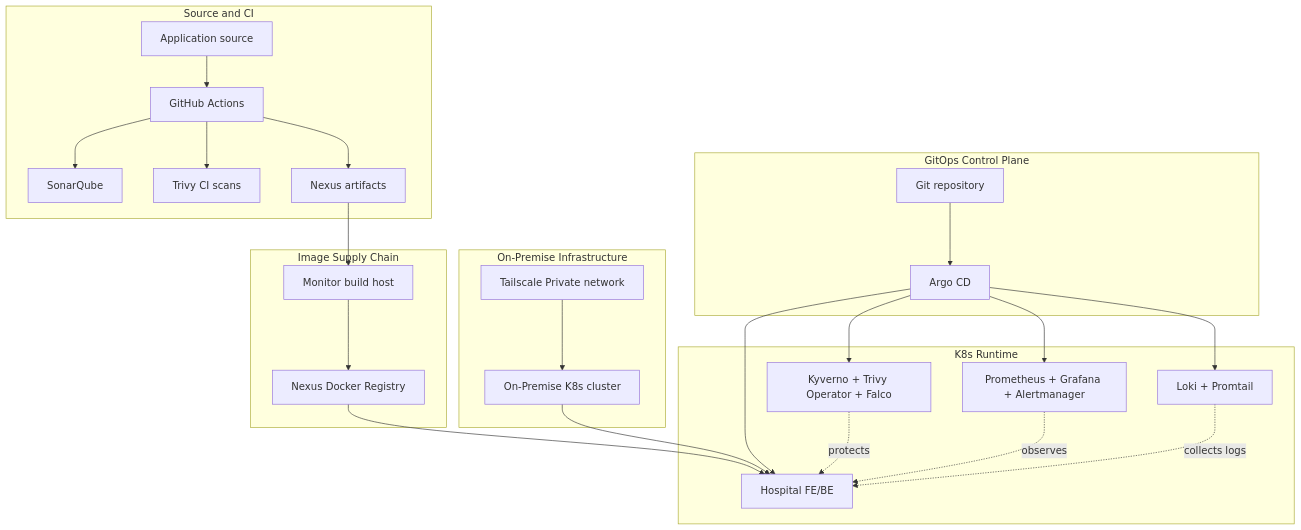
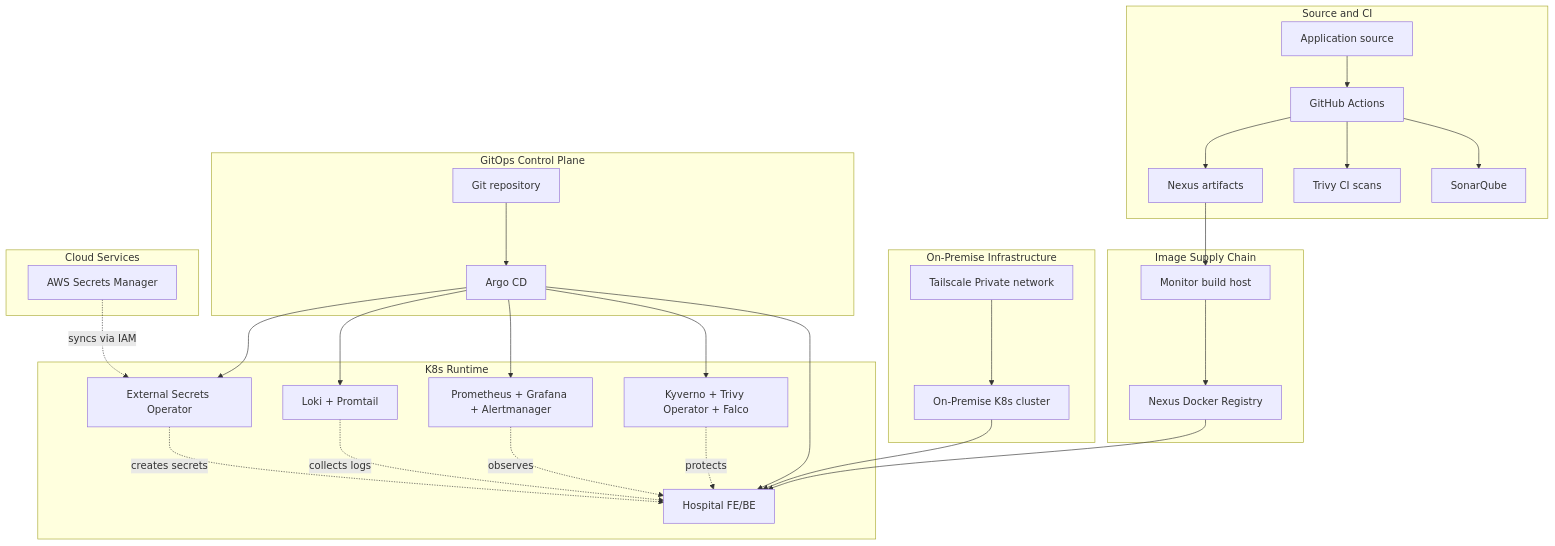
One commit to Kien-devops/k8s-home changed the second of 3 diagrams in README.md. Above: the diagram before and after it, drawn with Mermaid. The commit also changed other lines of this file and 8 other files, not shown here.

Commit message:
feat: implement External Secrets Operator integration for automated secret synchronization from AWS Secrets Manager

````diff
--- a/README.md
+++ b/README.md
@@ -111,50 +112,58 @@
 ```mermaid
 flowchart TB
   subgraph Source[Source and CI]
     code[Application source]
     gha[GitHub Actions]
     sonar[SonarQube]
     trivyci[Trivy CI scans]
     nexus[Nexus artifacts]
     code --> gha
     gha --> sonar
     gha --> trivyci
     gha --> nexus
   end
 
   subgraph Build[Image Supply Chain]
     builder[Monitor build host]
     nexus_reg[Nexus Docker Registry]
     nexus --> builder
     builder --> nexus_reg
   end
 
   subgraph Infra[On-Premise Infrastructure]
     vpn[Tailscale Private network]
     k8s[On-Premise K8s cluster]
     vpn --> k8s
   end
 
   subgraph GitOps[GitOps Control Plane]
     git[Git repository]
     argo[Argo CD]
     git --> argo
   end
 
+  subgraph Cloud[Cloud Services]
+    aws[AWS Secrets Manager]
+  end
+
   subgraph Runtime[K8s Runtime]
     app[Hospital FE/BE]
     sec[Kyverno + Trivy Operator + Falco]
     mon[Prometheus + Grafana + Alertmanager]
     log[Loki + Promtail]
+    eso[External Secrets Operator]
   end
 
   nexus_reg --> app
   k8s --> app
   argo --> app
   argo --> sec
   argo --> mon
   argo --> log
+  argo --> eso
+  aws -. syncs via IAM .-> eso
+  eso -. creates secrets .-> app
   sec -. protects .-> app
   mon -. observes .-> app
   log -. collects logs .-> app
 ```
````
